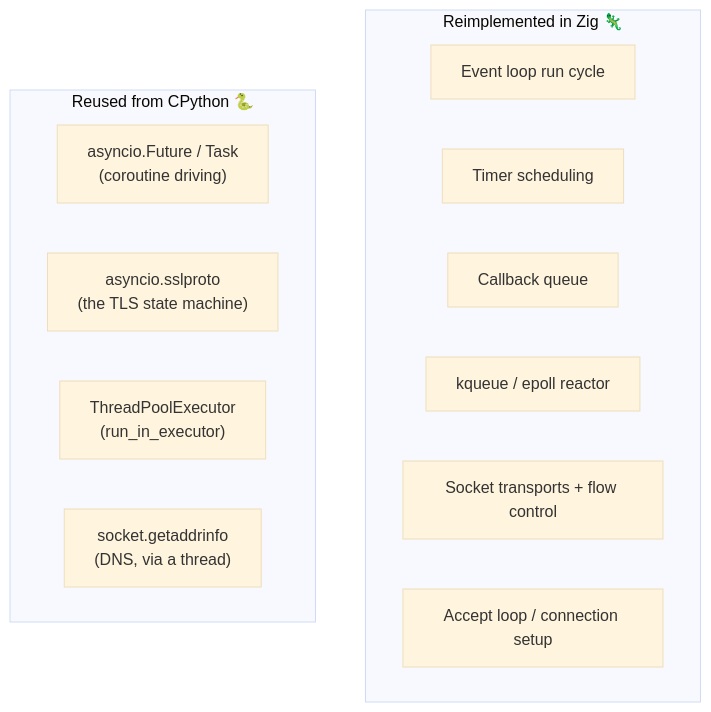
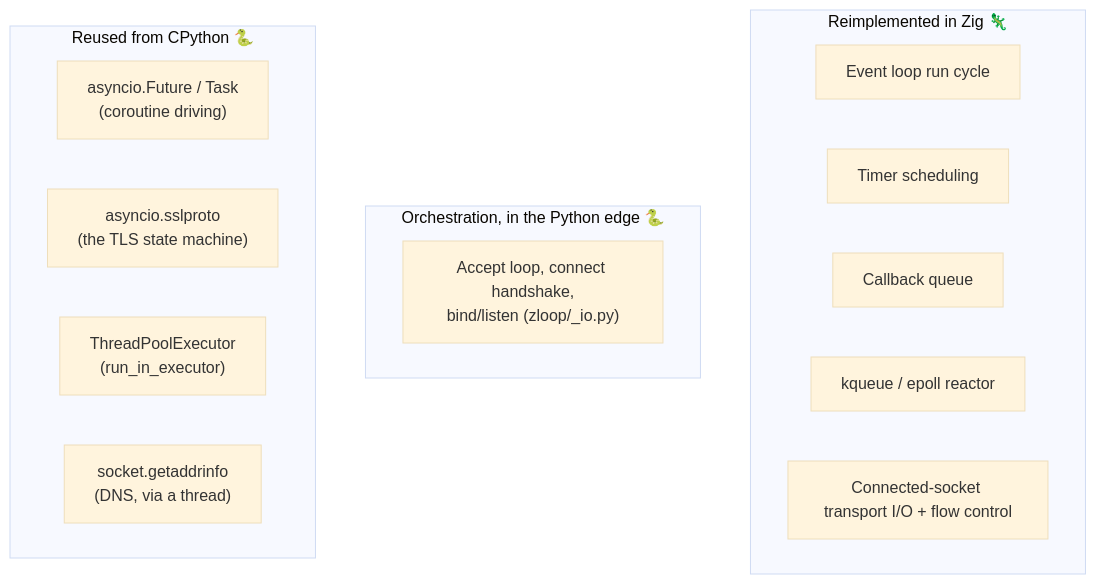
The first of 2 diagrams in docs/architecture/reuse.md (Kludex/zloop), drawn with Mermaid (base theme) before and after one commit. The commit also changed other lines of this file and 15 other files, not shown here.

````diff
--- a/docs/architecture/reuse.md
+++ b/docs/architecture/reuse.md
@@ -19,17 +19,19 @@
 ```mermaid
 graph TD
     subgraph zig["Reimplemented in Zig 🦎"]
         A[Event loop run cycle]
         B[Timer scheduling]
         C[Callback queue]
         D[kqueue / epoll reactor]
-        E[Socket transports + flow control]
-        F[Accept loop / connection setup]
+        E[Connected-socket transport I/O + flow control]
+    end
+    subgraph pyedge["Orchestration, in the Python edge 🐍"]
+        F["Accept loop, connect handshake,<br/>bind/listen (zloop/_io.py)"]
     end
     subgraph reuse["Reused from CPython 🐍"]
         G["asyncio.Future / Task<br/>(coroutine driving)"]
         H["asyncio.sslproto<br/>(the TLS state machine)"]
         I["ThreadPoolExecutor<br/>(run_in_executor)"]
         J["socket.getaddrinfo<br/>(DNS, via a thread)"]
     end
 ```
````
